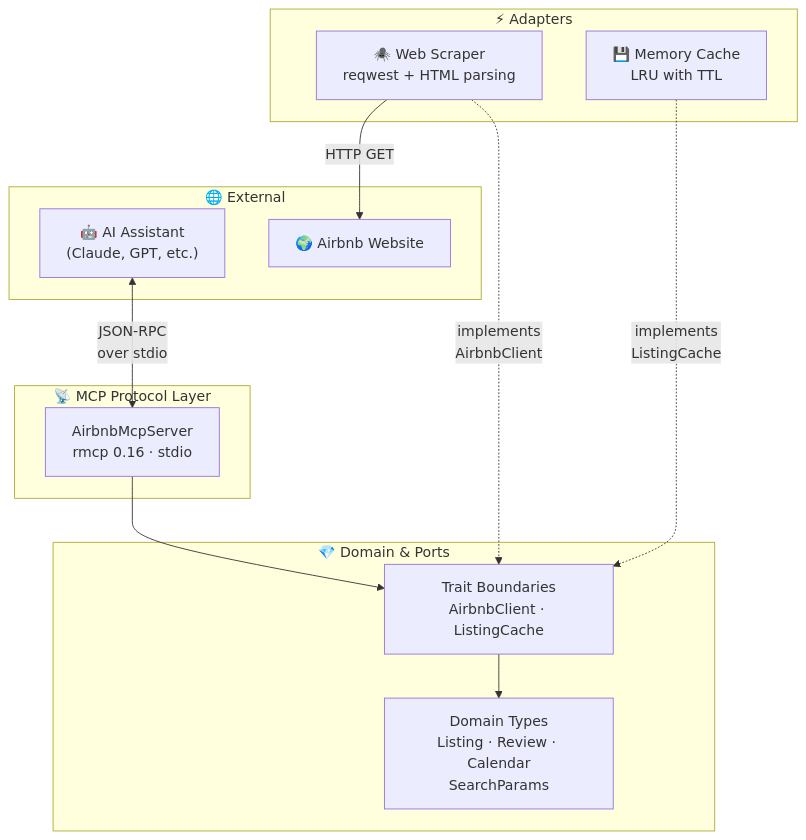
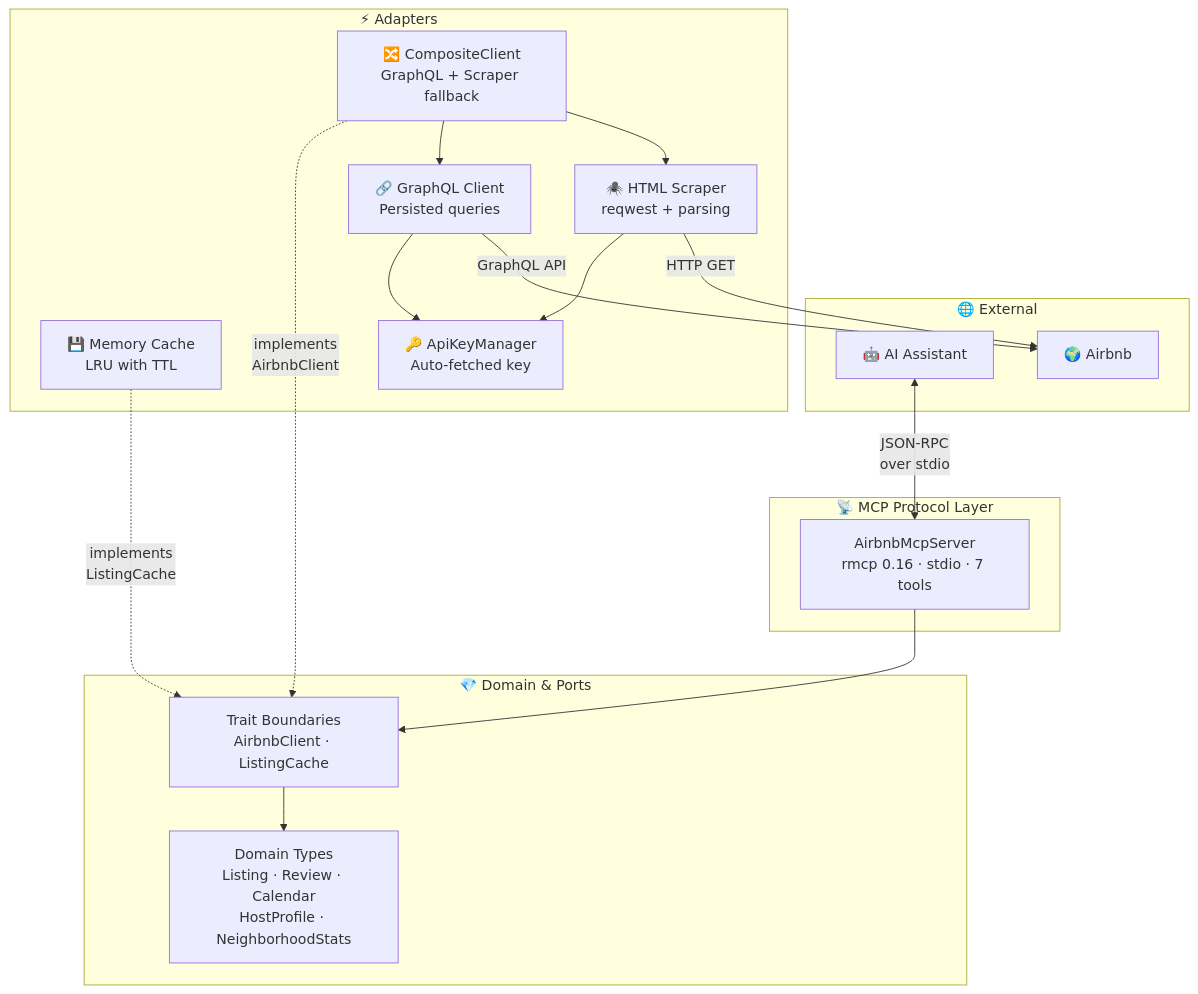
Before and after one commit to muchiny/mcp-airbnb: the first of 2 diagrams in README.md, drawn with Mermaid. The commit also changed other lines of this file and 11 other files, not shown here.

First line of the commit message:
docs: update all READMEs with emojis, mermaid diagrams, and full coverage

````diff
--- a/README.md
+++ b/README.md
@@ -21,28 +25,36 @@
 ```mermaid
 graph TB
     subgraph External["🌐 External"]
-        AI["🤖 AI Assistant<br/>(Claude, GPT, etc.)"]
-        AB["🌍 Airbnb Website"]
+        AI["🤖 AI Assistant"]
+        AB["🌍 Airbnb"]
     end
 
     subgraph MCP["📡 MCP Protocol Layer"]
-        Server["AirbnbMcpServer<br/>rmcp 0.16 · stdio"]
+        Server["AirbnbMcpServer<br/>rmcp 0.16 · stdio · 7 tools"]
     end
 
     subgraph Core["💎 Domain & Ports"]
-        Domain["Domain Types<br/>Listing · Review · Calendar<br/>SearchParams"]
+        Domain["Domain Types<br/>Listing · Review · Calendar<br/>HostProfile · NeighborhoodStats"]
         Ports["Trait Boundaries<br/>AirbnbClient · ListingCache"]
     end
 
     subgraph Infra["⚡ Adapters"]
-        Scraper["🕷️ Web Scraper<br/>reqwest + HTML parsing"]
+        Composite["🔀 CompositeClient<br/>GraphQL + Scraper fallback"]
+        GQL["🔗 GraphQL Client<br/>Persisted queries"]
+        Scraper["🕷️ HTML Scraper<br/>reqwest + parsing"]
         Cache["💾 Memory Cache<br/>LRU with TTL"]
+        Shared["🔑 ApiKeyManager<br/>Auto-fetched key"]
     end
 
     AI <-->|"JSON-RPC<br/>over stdio"| Server
     Server --> Ports
     Ports --> Domain
-    Scraper -.->|"implements<br/>AirbnbClient"| Ports
+    Composite -.->|"implements<br/>AirbnbClient"| Ports
     Cache -.->|"implements<br/>ListingCache"| Ports
+    Composite --> GQL
+    Composite --> Scraper
+    GQL --> Shared
+    Scraper --> Shared
+    GQL -->|"GraphQL API"| AB
     Scraper -->|"HTTP GET"| AB
 ```
````
